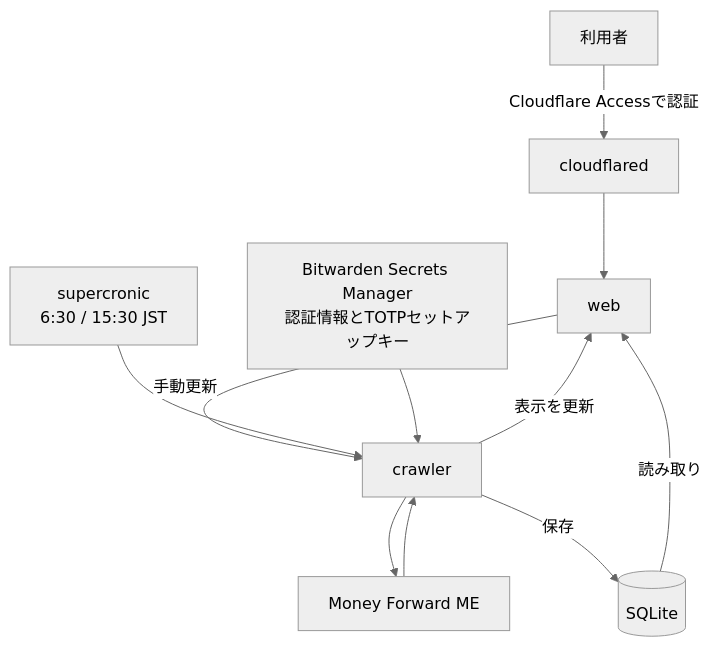
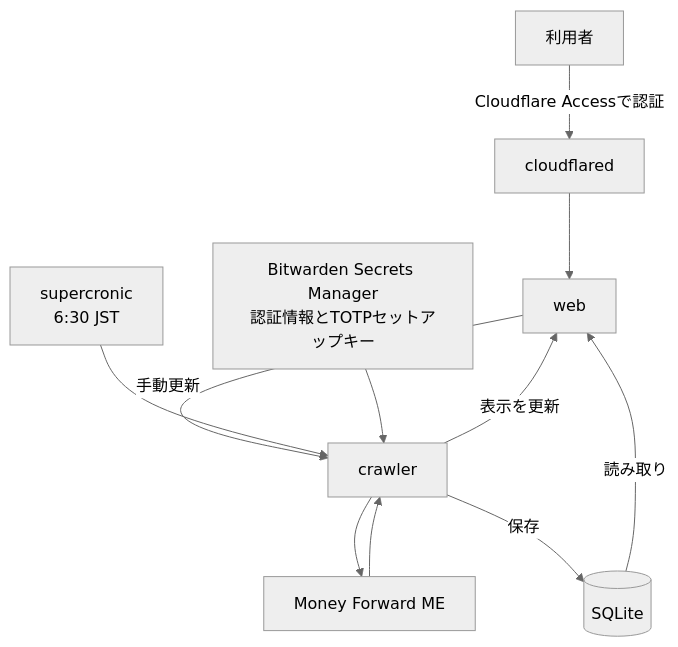
Before and after one commit to itsuki-jp/mf-dashboard: the diagram in README.md, drawn with Mermaid (neutral theme). The commit also changed other lines of this file and 24 other files, not shown here.

````diff
--- a/README.md
+++ b/README.md
@@ -65,13 +65,13 @@
 ```mermaid
 flowchart TD
     U[利用者] -->|Cloudflare Accessで認証| T[cloudflared]
     T --> W[web]
     W -->|手動更新| C[crawler]
-    S[supercronic<br/>6:30 / 15:30 JST] --> C
+    S[supercronic<br/>6:30 JST] --> C
     O[Bitwarden Secrets Manager<br/>認証情報とTOTPセットアップキー] --> C
     C --> M[Money Forward ME]
     M --> C
     C -->|保存| D[(SQLite)]
     D -->|読み取り| W
     C -->|表示を更新| W
 ```
````
